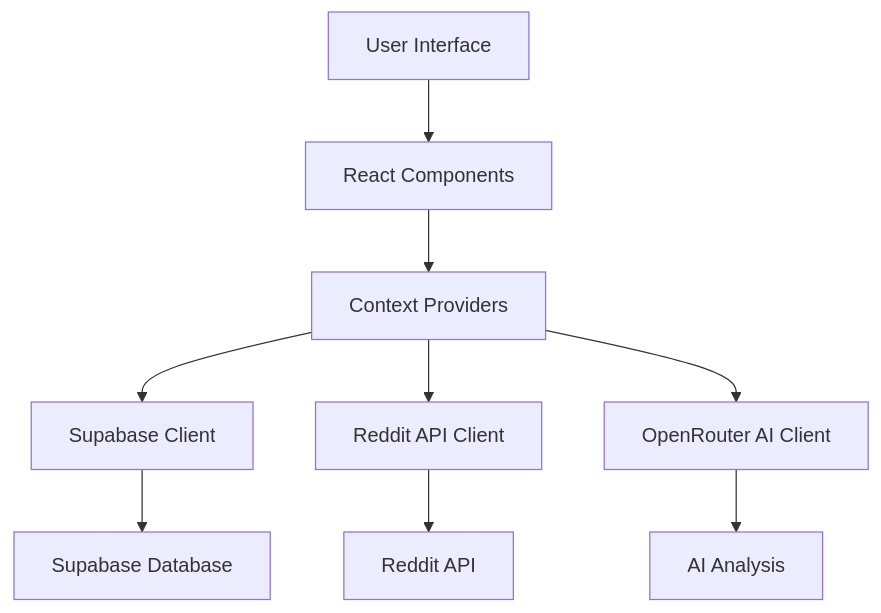
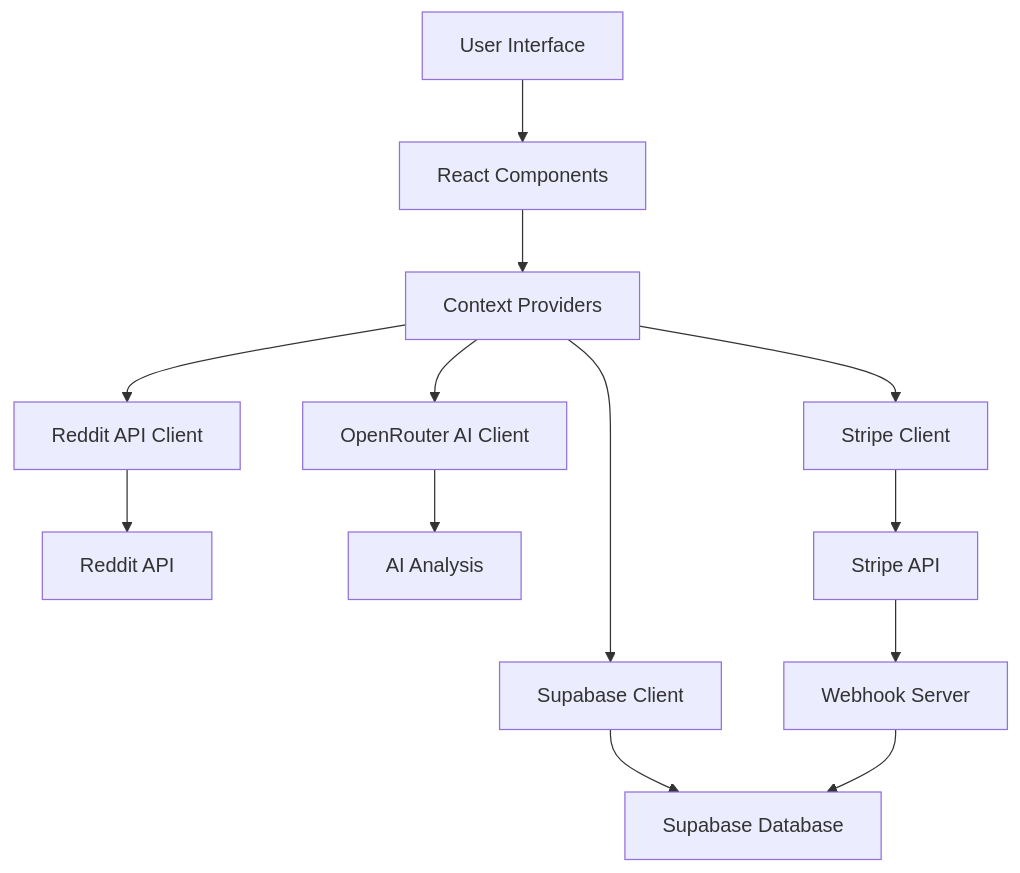
Before and after one commit to MatthewSabia1/SubPirate: the first of 5 diagrams in docs/README.md, drawn with Mermaid. The commit also changed other lines of this file, not shown here.

Commit message:
Update README.md with comprehensive documentation including Stripe integration details and system architecture

````diff
--- a/docs/README.md
+++ b/docs/README.md
@@ -42,11 +62,15 @@
 ```mermaid
 graph TD
     A[User Interface] --> B[React Components]
     B --> C[Context Providers]
     C --> D[Supabase Client]
     C --> E[Reddit API Client]
     C --> F[OpenRouter AI Client]
-    D --> G[Supabase Database]
-    E --> H[Reddit API]
-    F --> I[AI Analysis]
+    C --> G[Stripe Client]
+    D --> H[Supabase Database]
+    E --> I[Reddit API]
+    F --> J[AI Analysis]
+    G --> K[Stripe API]
+    K --> L[Webhook Server]
+    L --> H
 ```
````
